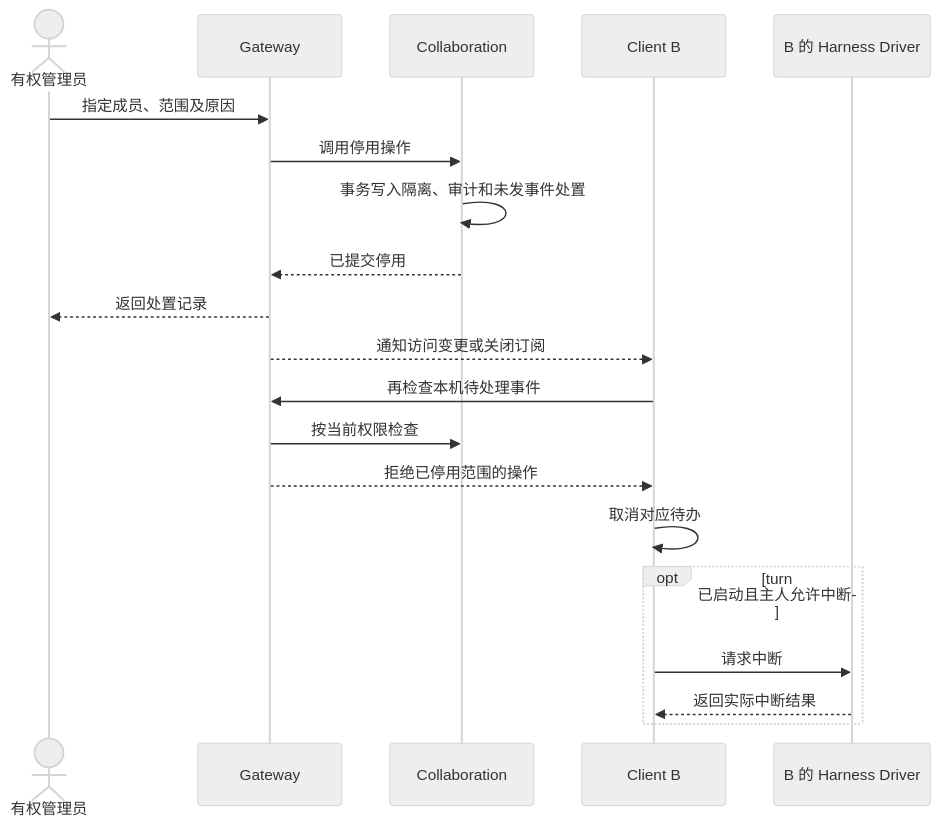
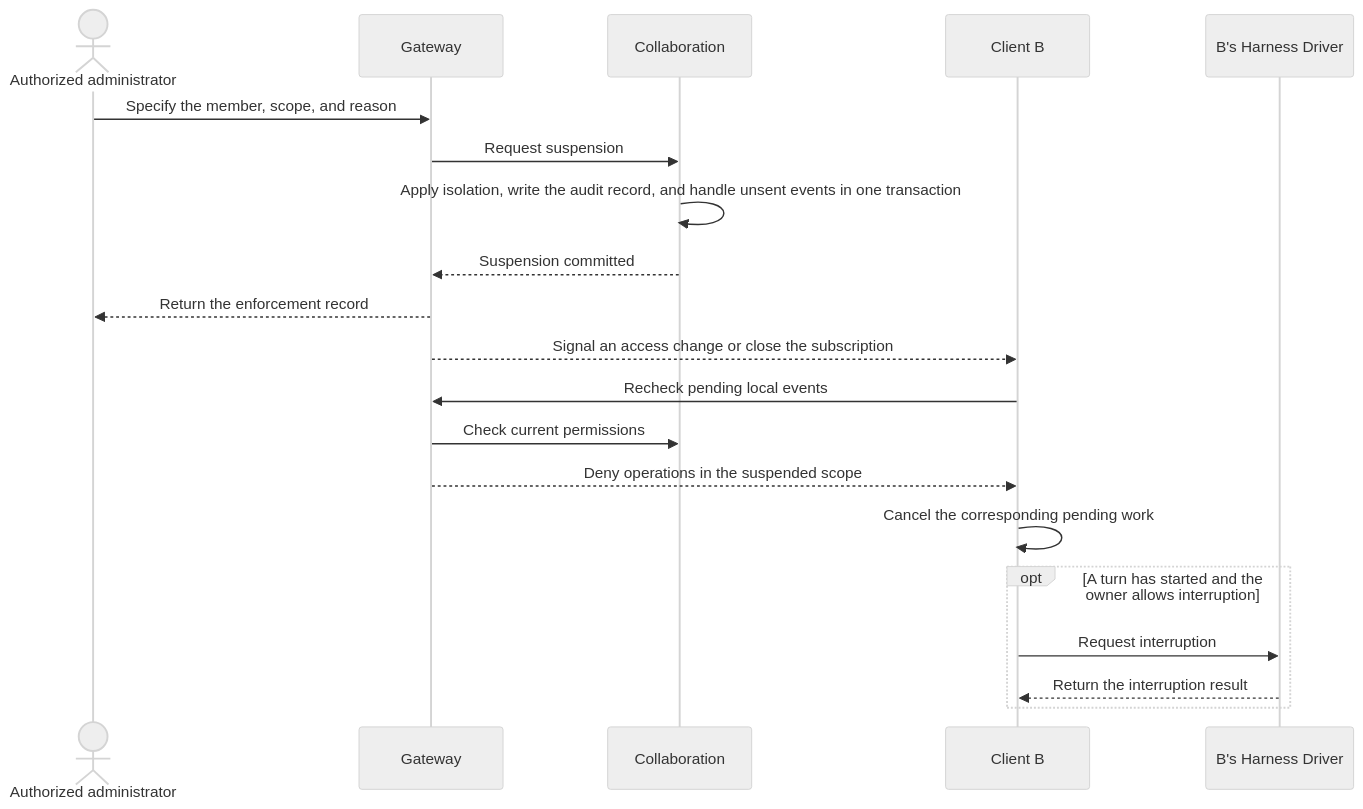
The second of 2 diagrams in docs/modules/teamup-api.md (Jianyu010/TeamUp), drawn with Mermaid (neutral theme) before and after one commit. The commit also changed other lines of this file and 44 other files, not shown here.

````diff
--- a/docs/modules/teamup-api.md
+++ b/docs/modules/teamup-api.md
@@ -79,22 +79,22 @@
 ```mermaid
 sequenceDiagram
-    actor Admin as 有权管理员
+    actor Admin as Authorized administrator
     participant G as Gateway
     participant C as Collaboration
     participant CB as Client B
-    participant D as B 的 Harness Driver
-    Admin->>G: 指定成员、范围及原因
-    G->>C: 调用停用操作
-    C->>C: 事务写入隔离、审计和未发事件处置
-    C-->>G: 已提交停用
-    G-->>Admin: 返回处置记录
-    G-->>CB: 通知访问变更或关闭订阅
-    CB->>G: 再检查本机待处理事件
-    G->>C: 按当前权限检查
-    G-->>CB: 拒绝已停用范围的操作
-    CB->>CB: 取消对应待办
-    opt turn 已启动且主人允许中断
-        CB->>D: 请求中断
-        D-->>CB: 返回实际中断结果
+    participant D as B's Harness Driver
+    Admin->>G: Specify the member, scope, and reason
+    G->>C: Request suspension
+    C->>C: Apply isolation, write the audit record, and handle unsent events in one transaction
+    C-->>G: Suspension committed
+    G-->>Admin: Return the enforcement record
+    G-->>CB: Signal an access change or close the subscription
+    CB->>G: Recheck pending local events
+    G->>C: Check current permissions
+    G-->>CB: Deny operations in the suspended scope
+    CB->>CB: Cancel the corresponding pending work
+    opt A turn has started and the owner allows interruption
+        CB->>D: Request interruption
+        D-->>CB: Return the interruption result
     end
 ```
````
